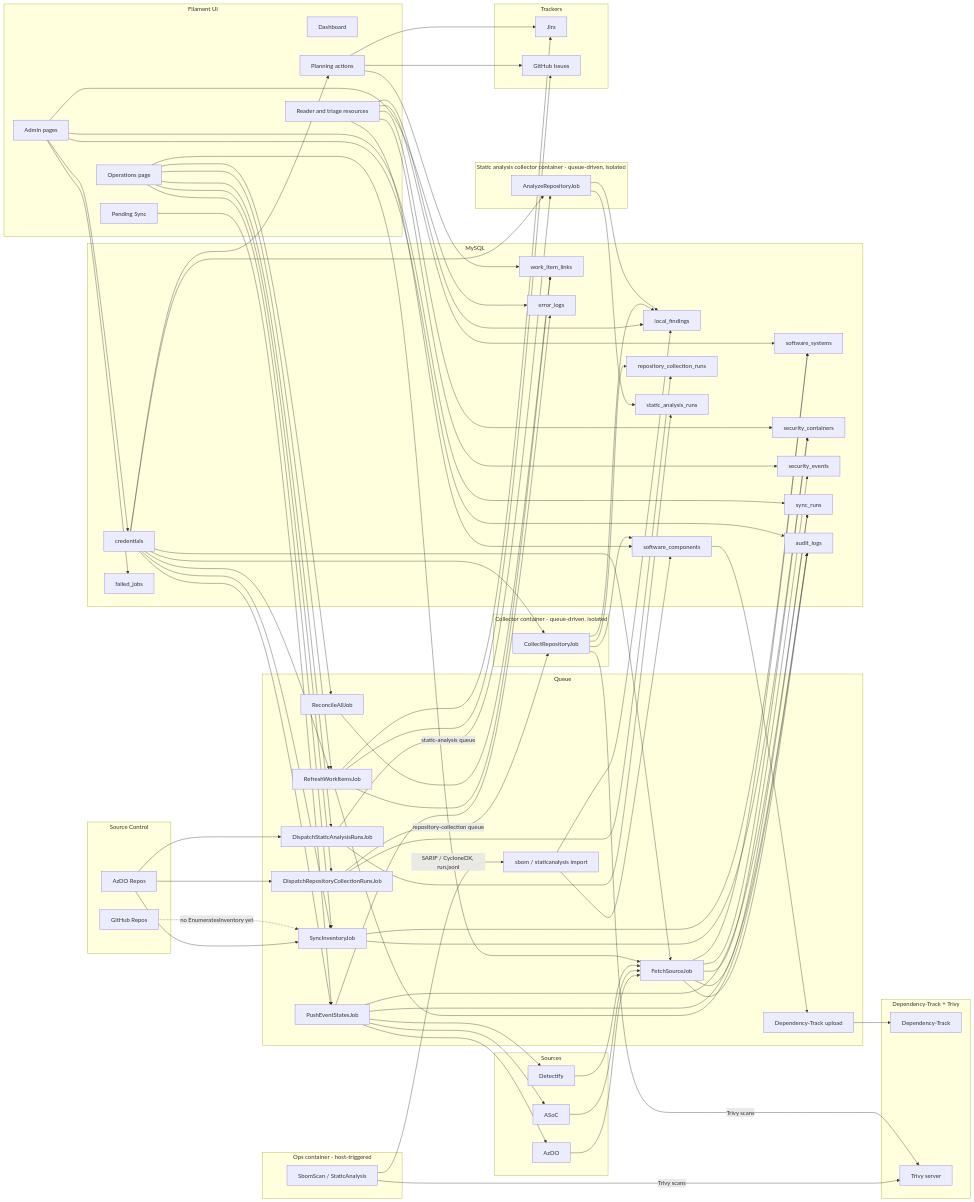
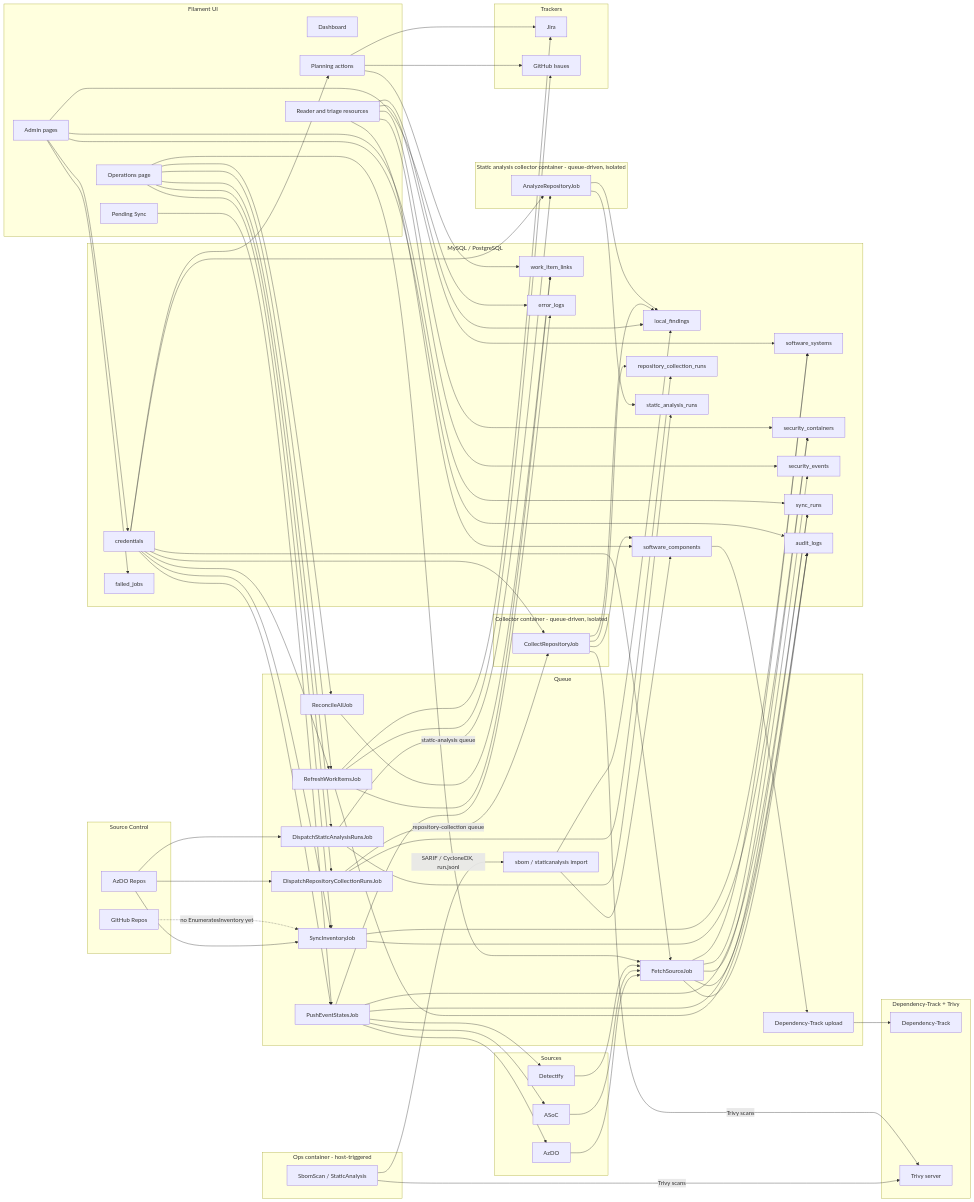
Before and after one commit to metanull/appsec-scout-2: the diagram in docs/architecture.md, drawn with Mermaid. The commit also changed other lines of this file and 4 other files, not shown here.

```diff
--- a/docs/architecture.md
+++ b/docs/architecture.md
@@ -39,7 +39,7 @@
         ANALYZEJOB[AnalyzeRepositoryJob]
     end
 
-    subgraph AppDB[MySQL]
+    subgraph AppDB[MySQL / PostgreSQL]
         SYS[software_systems]
         CONT[security_containers]
         EVT[security_events]
```
